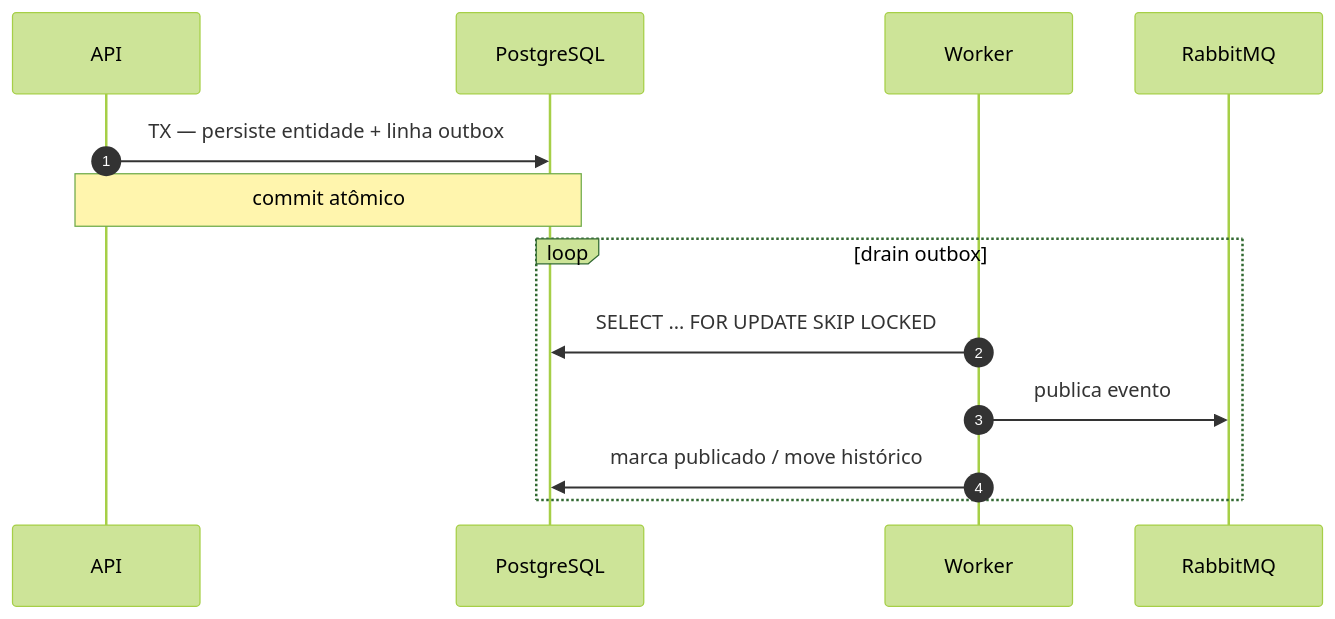
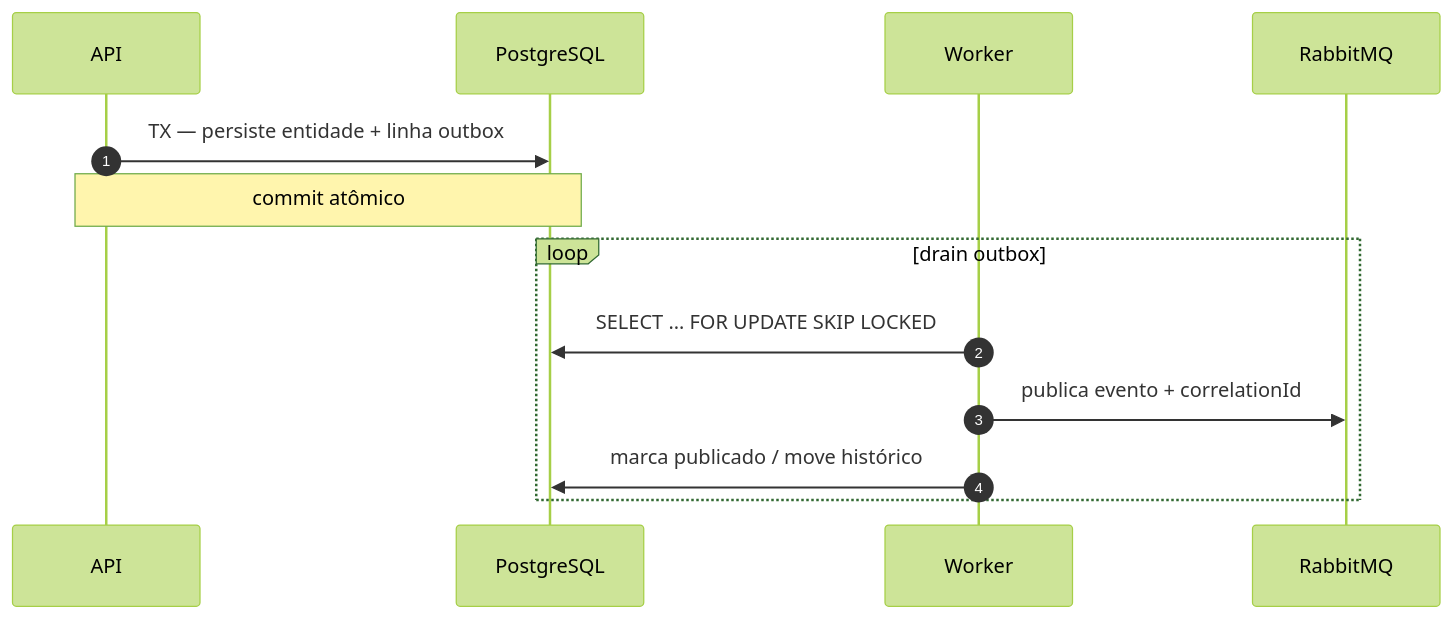
One commit to gab-szz/pdv-microservicos changed the sixth of 13 diagrams in docs/ROADMAP.md. Above: the diagram before and after it, drawn with Mermaid (forest theme). The commit also changed other lines of this file and 27 other files, not shown here.

````diff
--- a/docs/ROADMAP.md
+++ b/docs/ROADMAP.md
@@ -339,17 +362,17 @@
 ```mermaid
 sequenceDiagram
   autonumber
   participant API
   participant DB as PostgreSQL
   participant Worker
   participant RMQ as RabbitMQ
 
   API->>DB: TX — persiste entidade + linha outbox
   Note over API,DB: commit atômico
 
   loop drain outbox
     Worker->>DB: SELECT … FOR UPDATE SKIP LOCKED
-    Worker->>RMQ: publica evento
+    Worker->>RMQ: publica evento + correlationId
     Worker->>DB: marca publicado / move histórico
   end
 ```
````
